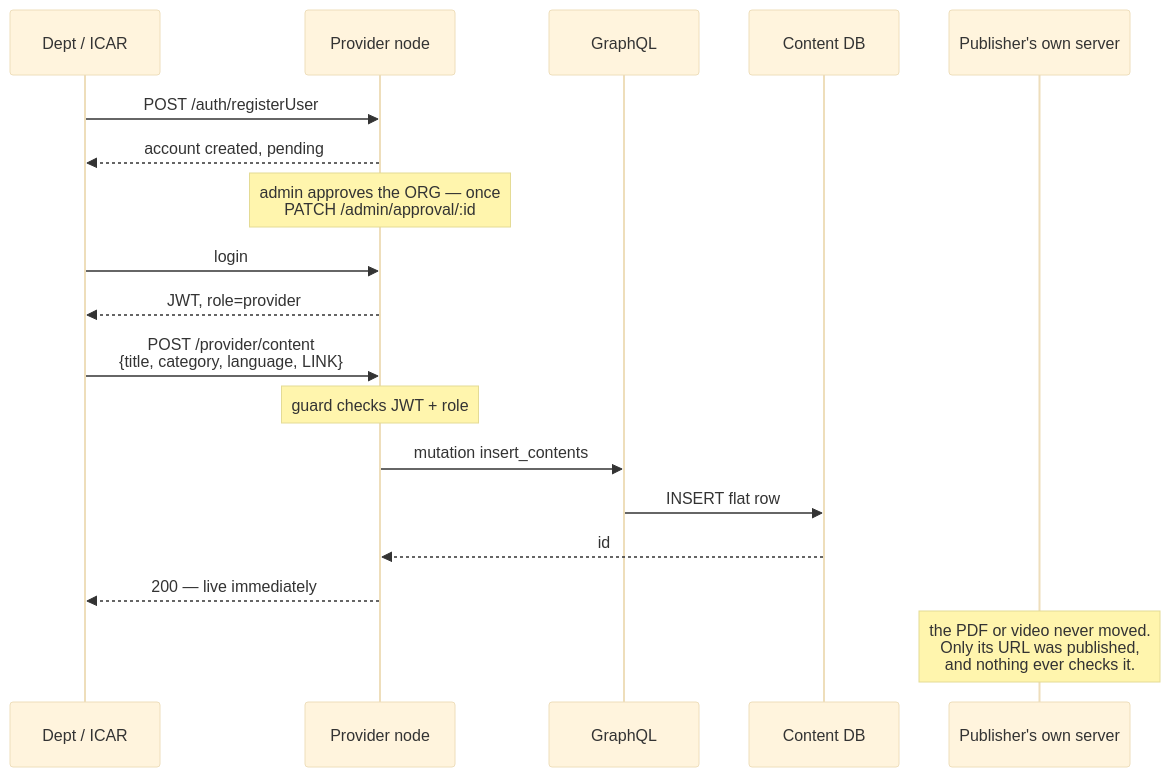
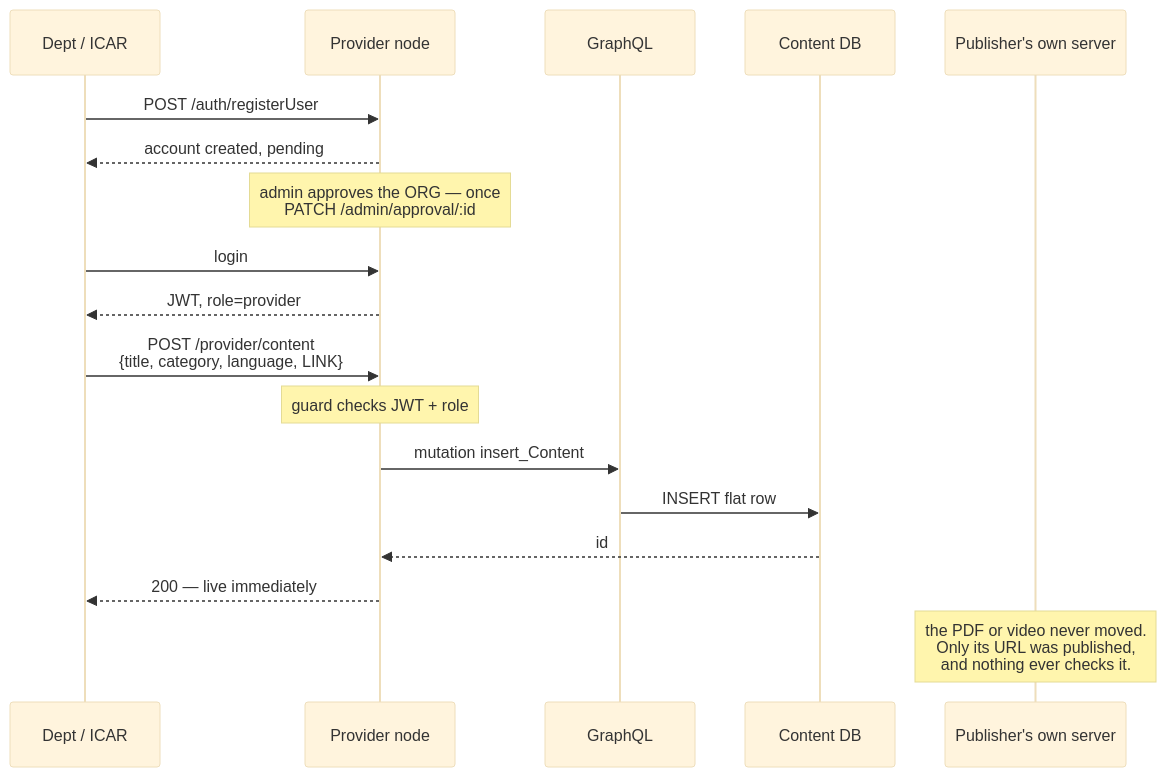
The second of 10 diagrams in ARCHITECTURE.md (manjudr/documents), drawn with Mermaid (base theme) before and after one commit. The commit also changed other lines of this file, not shown here.

````diff
--- a/ARCHITECTURE.md
+++ b/ARCHITECTURE.md
@@ -207,21 +217,21 @@
 ```mermaid
 sequenceDiagram
   participant D as Dept / ICAR
   participant N as Provider node
   participant G as GraphQL
   participant DB as Content DB
   participant H as Publisher's own server
 
   D->>N: POST /auth/registerUser
   N-->>D: account created, pending
   Note over N: admin approves the ORG — once<br/>PATCH /admin/approval/:id
   D->>N: login
   N-->>D: JWT, role=provider
   D->>N: POST /provider/content<br/>{title, category, language, LINK}
   Note over N: guard checks JWT + role
-  N->>G: mutation insert_contents
+  N->>G: mutation insert_Content
   G->>DB: INSERT flat row
   DB-->>N: id
   N-->>D: 200 — live immediately
   Note over H: the PDF or video never moved.<br/>Only its URL was published,<br/>and nothing ever checks it.
 ```
````
